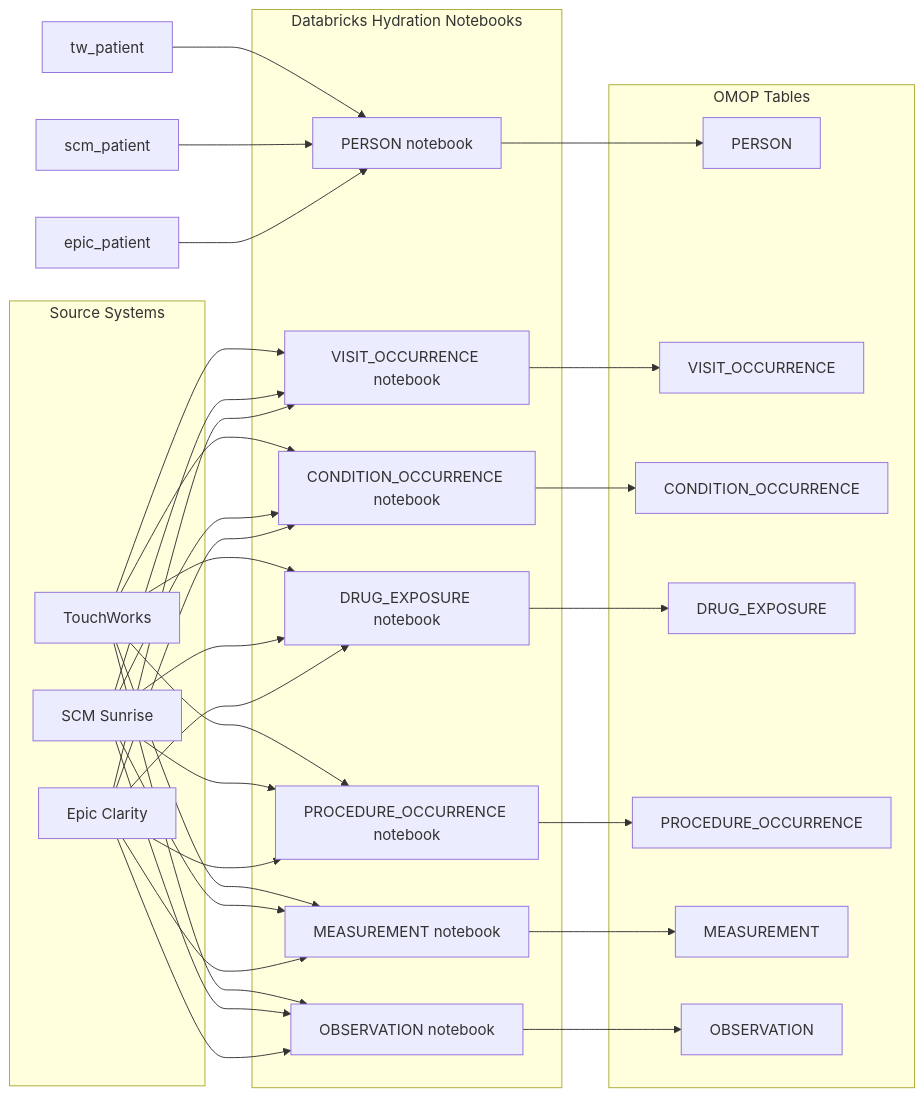
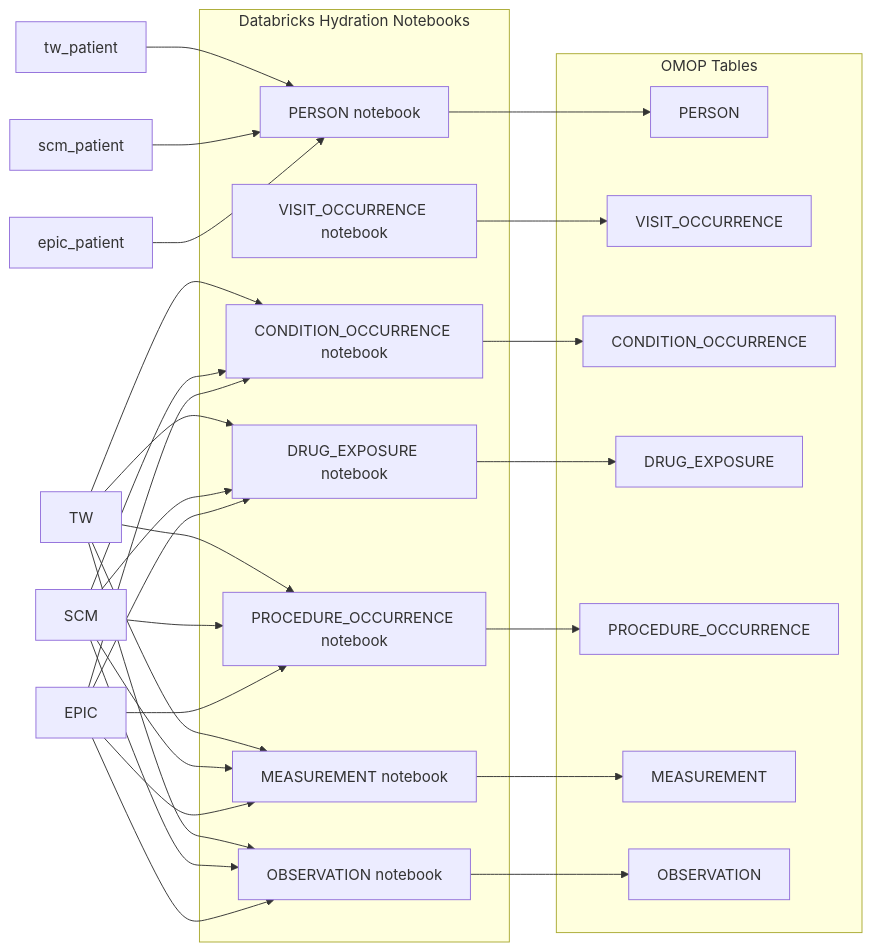
The first of 11 diagrams in docs/omop_architecture_erd_with_sources.md (janyaibe/omop-accelerator), drawn with Mermaid before and after one commit.

````diff
--- a/docs/omop_architecture_erd_with_sources.md
+++ b/docs/omop_architecture_erd_with_sources.md
@@ -9,64 +9,55 @@
 ```mermaid
 flowchart LR
 
-    subgraph SOURCES[Source Systems]
-        TW[TouchWorks]
-        SCM[SCM Sunrise]
-        EPIC[Epic Clarity]
-    end
-
-    subgraph DBX[Databricks Hydration Notebooks]
+   subgraph DBX[Databricks Hydration Notebooks]
         nb_person[PERSON notebook]
         nb_visit[VISIT_OCCURRENCE notebook]
         nb_condition[CONDITION_OCCURRENCE notebook]
         nb_drug[DRUG_EXPOSURE notebook]
         nb_proc[PROCEDURE_OCCURRENCE notebook]
         nb_meas[MEASUREMENT notebook]
         nb_obs[OBSERVATION notebook]
     end
 
     subgraph OMOP[OMOP Tables]
         PERSON
         VISIT_OCCURRENCE
         CONDITION_OCCURRENCE
         DRUG_EXPOSURE
         PROCEDURE_OCCURRENCE
         MEASUREMENT
         OBSERVATION
     end
 
     tw_patient --> nb_person
     scm_patient --> nb_person
     epic_patient --> nb_person
     nb_person --> PERSON
 
-    TW --> nb_visit
-    SCM --> nb_visit
-    EPIC --> nb_visit
-    nb_visit --> VISIT_OCCURRENCE
+   nb_visit --> VISIT_OCCURRENCE
 
     TW --> nb_condition
     SCM --> nb_condition
     EPIC --> nb_condition
     nb_condition --> CONDITION_OCCURRENCE
 
     TW --> nb_drug
     SCM --> nb_drug
     EPIC --> nb_drug
     nb_drug --> DRUG_EXPOSURE
 
     TW --> nb_proc
     SCM --> nb_proc
     EPIC --> nb_proc
     nb_proc --> PROCEDURE_OCCURRENCE
 
     TW --> nb_meas
     SCM --> nb_meas
     EPIC --> nb_meas
     nb_meas --> MEASUREMENT
 
     TW --> nb_obs
     SCM --> nb_obs
     EPIC --> nb_obs
     nb_obs --> OBSERVATION
 ```
````
